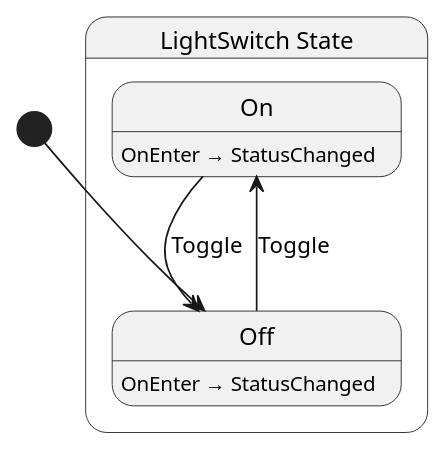
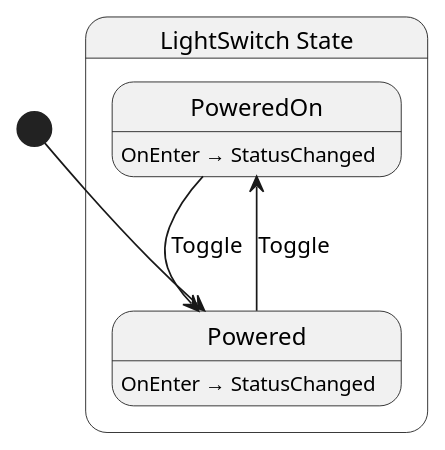
The diagram in Chickensoft.LogicBlocks.Generator.Tests/test_cases/LightSwitch.g.puml (chickensoft-games/LogicBlocks), drawn with PlantUML before and after one commit. The commit also changed 13 other files, not shown here.

```diff
--- a/Chickensoft.LogicBlocks.Generator.Tests/test_cases/LightSwitch.g.puml
+++ b/Chickensoft.LogicBlocks.Generator.Tests/test_cases/LightSwitch.g.puml
@@ -1,15 +1,15 @@
 @startuml LightSwitch
 state "LightSwitch State" as Chickensoft_LogicBlocks_Generator_Tests_LightSwitch_State {
-  state "On" as Chickensoft_LogicBlocks_Generator_Tests_LightSwitch_State_On {
-    Chickensoft_LogicBlocks_Generator_Tests_LightSwitch_State_On : OnEnter → StatusChanged
+  state "PoweredOn" as Chickensoft_LogicBlocks_Generator_Tests_LightSwitch_State_PoweredOn {
+    Chickensoft_LogicBlocks_Generator_Tests_LightSwitch_State_PoweredOn : OnEnter → StatusChanged
   }
-  state "Off" as Chickensoft_LogicBlocks_Generator_Tests_LightSwitch_State_Off {
-    Chickensoft_LogicBlocks_Generator_Tests_LightSwitch_State_Off : OnEnter → StatusChanged
+  state "Powered" as Chickensoft_LogicBlocks_Generator_Tests_LightSwitch_State_Powered {
+    Chickensoft_LogicBlocks_Generator_Tests_LightSwitch_State_Powered : OnEnter → StatusChanged
   }
 }
 
-Chickensoft_LogicBlocks_Generator_Tests_LightSwitch_State_Off --> Chickensoft_LogicBlocks_Generator_Tests_LightSwitch_State_On : Toggle
-Chickensoft_LogicBlocks_Generator_Tests_LightSwitch_State_On --> Chickensoft_LogicBlocks_Generator_Tests_LightSwitch_State_Off : Toggle
+Chickensoft_LogicBlocks_Generator_Tests_LightSwitch_State_Powered --> Chickensoft_LogicBlocks_Generator_Tests_LightSwitch_State_PoweredOn : Toggle
+Chickensoft_LogicBlocks_Generator_Tests_LightSwitch_State_PoweredOn --> Chickensoft_LogicBlocks_Generator_Tests_LightSwitch_State_Powered : Toggle
 
-[*] --> Chickensoft_LogicBlocks_Generator_Tests_LightSwitch_State_Off
+[*] --> Chickensoft_LogicBlocks_Generator_Tests_LightSwitch_State_Powered
 @enduml
```
